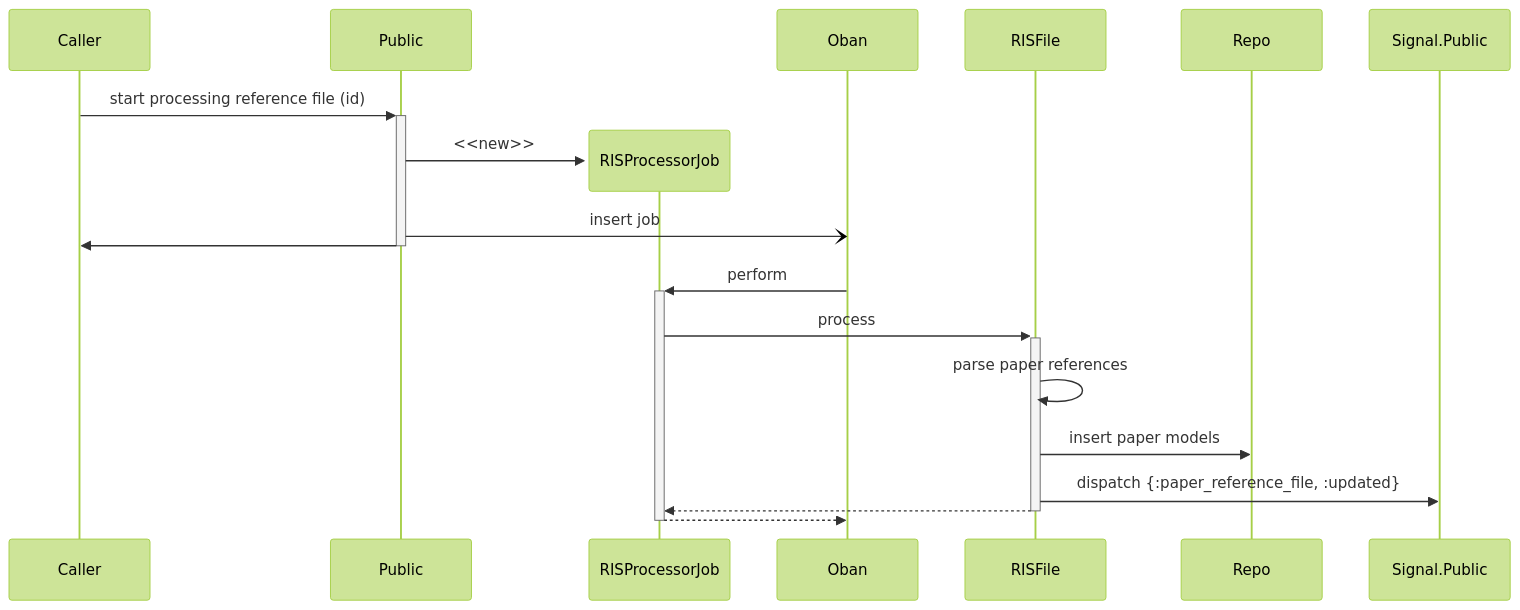
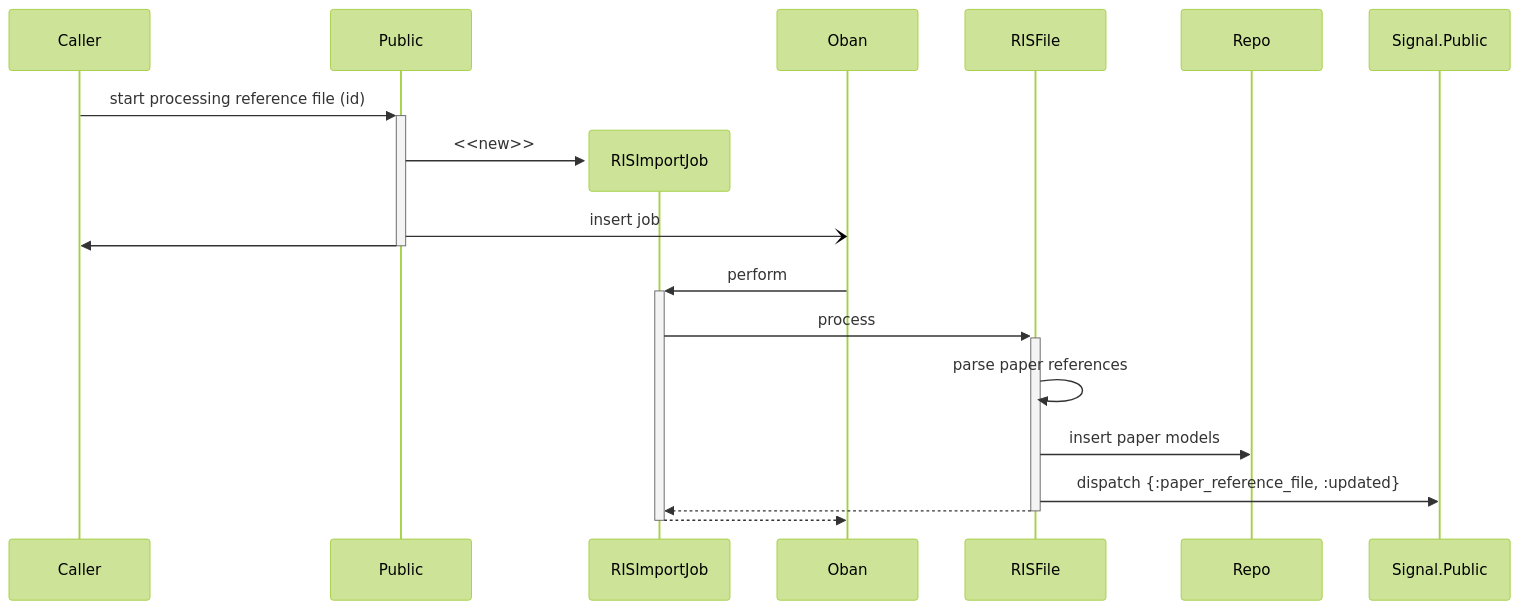
The fifth of 6 diagrams in core/systems/paper/docs/overview.md (eyra/mono), drawn with Mermaid (forest theme) before and after one commit. The commit also changed 204 other files, not shown here.

````diff
--- a/core/systems/paper/docs/overview.md
+++ b/core/systems/paper/docs/overview.md
@@ -51,15 +51,15 @@
 ```mermaid
 sequenceDiagram
     Caller->>+Public: start processing reference file (id)
-    create participant Job as RISProcessorJob
+    create participant Job as RISImportJob
     Public->>Job:<<new>>
     Public-)Oban: insert job
     Public->>-Caller:
     Oban->>+Job: perform
     Job->>+RISFile: process
     RISFile->>RISFile: parse paper references
     RISFile->>Repo: insert paper models
     RISFile->>Signal.Public: dispatch {:paper_reference_file, :updated}
     RISFile-->>-Job:
     Job-->>-Oban:
 ```
````
